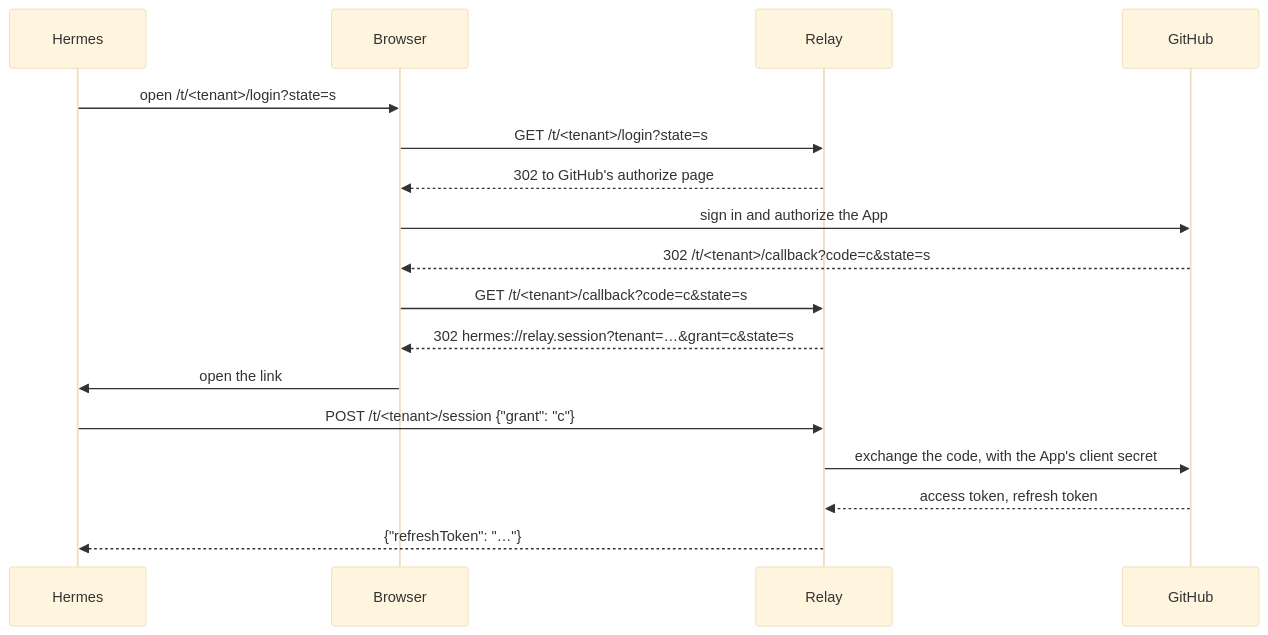
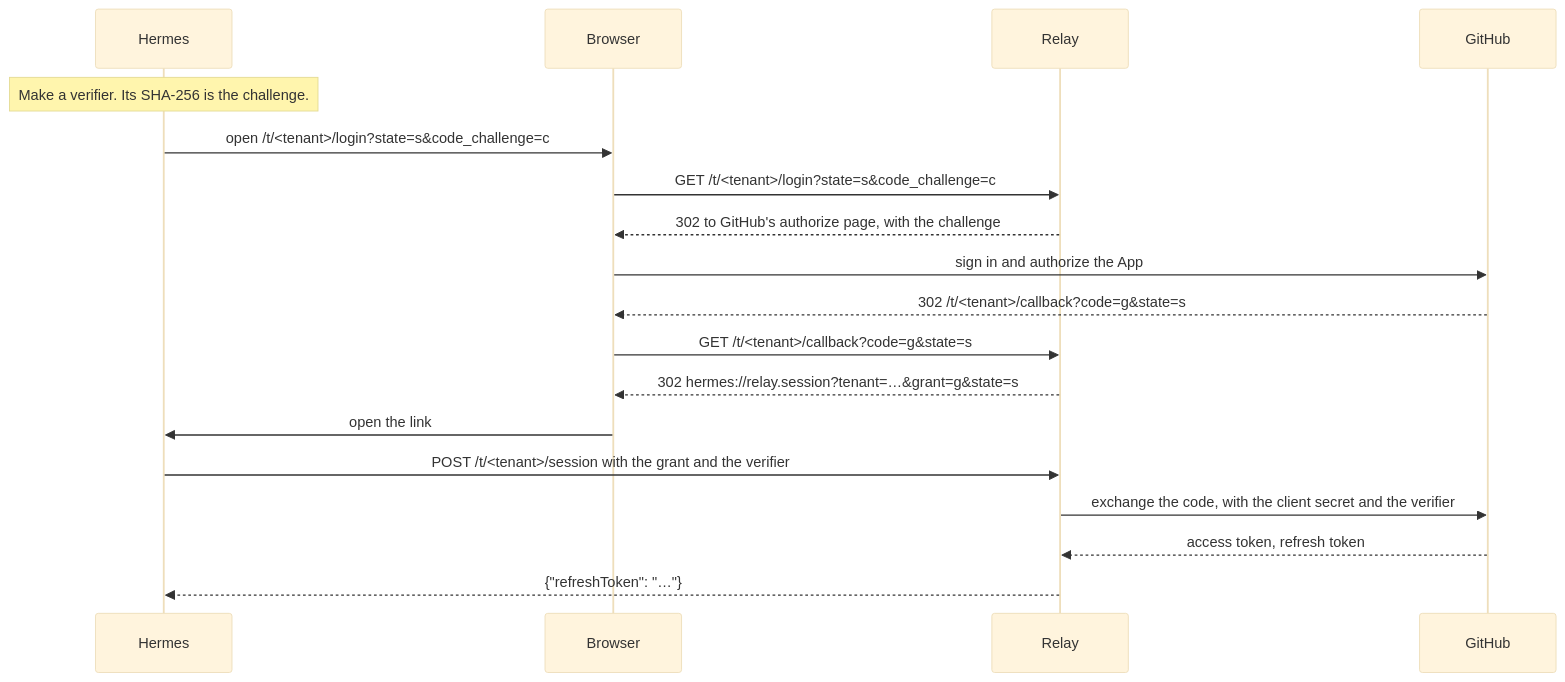
The second of 4 diagrams in plans/relay.md (bojanrajkovic/hermes), drawn with Mermaid (base theme) before and after one commit. The commit also changed other lines of this file and 13 other files, not shown here.

````diff
--- a/plans/relay.md
+++ b/plans/relay.md
@@ -130,19 +130,20 @@
 ```mermaid
 sequenceDiagram
     participant H as Hermes
     participant B as Browser
     participant R as Relay
     participant GH as GitHub
-    H->>B: open /t/#lt;tenant#gt;/login?state=s
-    B->>R: GET /t/#lt;tenant#gt;/login?state=s
-    R-->>B: 302 to GitHub's authorize page
+    Note over H: Make a verifier. Its SHA-256 is the challenge.
+    H->>B: open /t/#lt;tenant#gt;/login?state=s&code_challenge=c
+    B->>R: GET /t/#lt;tenant#gt;/login?state=s&code_challenge=c
+    R-->>B: 302 to GitHub's authorize page, with the challenge
     B->>GH: sign in and authorize the App
-    GH-->>B: 302 /t/#lt;tenant#gt;/callback?code=c&state=s
-    B->>R: GET /t/#lt;tenant#gt;/callback?code=c&state=s
-    R-->>B: 302 hermes://relay.session?tenant=…&grant=c&state=s
+    GH-->>B: 302 /t/#lt;tenant#gt;/callback?code=g&state=s
+    B->>R: GET /t/#lt;tenant#gt;/callback?code=g&state=s
+    R-->>B: 302 hermes://relay.session?tenant=…&grant=g&state=s
     B->>H: open the link
-    H->>R: POST /t/#lt;tenant#gt;/session {"grant": "c"}
-    R->>GH: exchange the code, with the App's client secret
+    H->>R: POST /t/#lt;tenant#gt;/session with the grant and the verifier
+    R->>GH: exchange the code, with the client secret and the verifier
     GH-->>R: access token, refresh token
     R-->>H: {"refreshToken": "…"}
 ```
````
